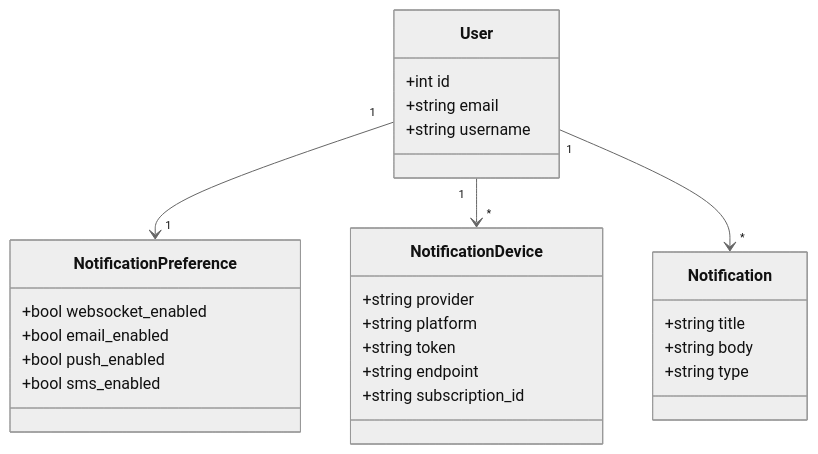
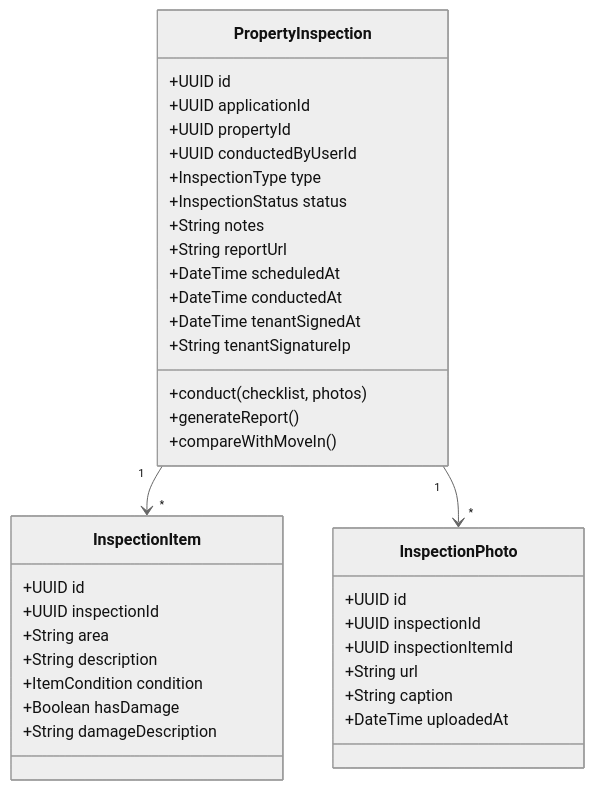
The sixth of 8 diagrams in docs/high-level-design/domain-model.md (0Ankit0/meroghar), drawn with Mermaid (neutral theme) before and after one commit. The commit also changed other lines of this file and 4 other files, not shown here.

````diff
--- a/docs/high-level-design/domain-model.md
+++ b/docs/high-level-design/domain-model.md
@@ -3,30 +446,42 @@
 ```mermaid
 classDiagram
-  class User {
-    +int id
-    +string email
-    +string username
-  }
-  class NotificationPreference {
-    +bool websocket_enabled
-    +bool email_enabled
-    +bool push_enabled
-    +bool sms_enabled
-  }
-  class NotificationDevice {
-    +string provider
-    +string platform
-    +string token
-    +string endpoint
-    +string subscription_id
-  }
-  class Notification {
-    +string title
-    +string body
-    +string type
-  }
+    class PropertyInspection {
+        +UUID id
+        +UUID applicationId
+        +UUID propertyId
+        +UUID conductedByUserId
+        +InspectionType type
+        +InspectionStatus status
+        +String notes
+        +String reportUrl
+        +DateTime scheduledAt
+        +DateTime conductedAt
+        +DateTime tenantSignedAt
+        +String tenantSignatureIp
+        +conduct(checklist, photos)
+        +generateReport()
+        +compareWithMoveIn()
+    }
 
-  User "1" --> "1" NotificationPreference
-  User "1" --> "*" NotificationDevice
-  User "1" --> "*" Notification
+    class InspectionItem {
+        +UUID id
+        +UUID inspectionId
+        +String area
+        +String description
+        +ItemCondition condition
+        +Boolean hasDamage
+        +String damageDescription
+    }
+
+    class InspectionPhoto {
+        +UUID id
+        +UUID inspectionId
+        +UUID inspectionItemId
+        +String url
+        +String caption
+        +DateTime uploadedAt
+    }
+
+    PropertyInspection "1" --> "*" InspectionItem
+    PropertyInspection "1" --> "*" InspectionPhoto
 ```
````
